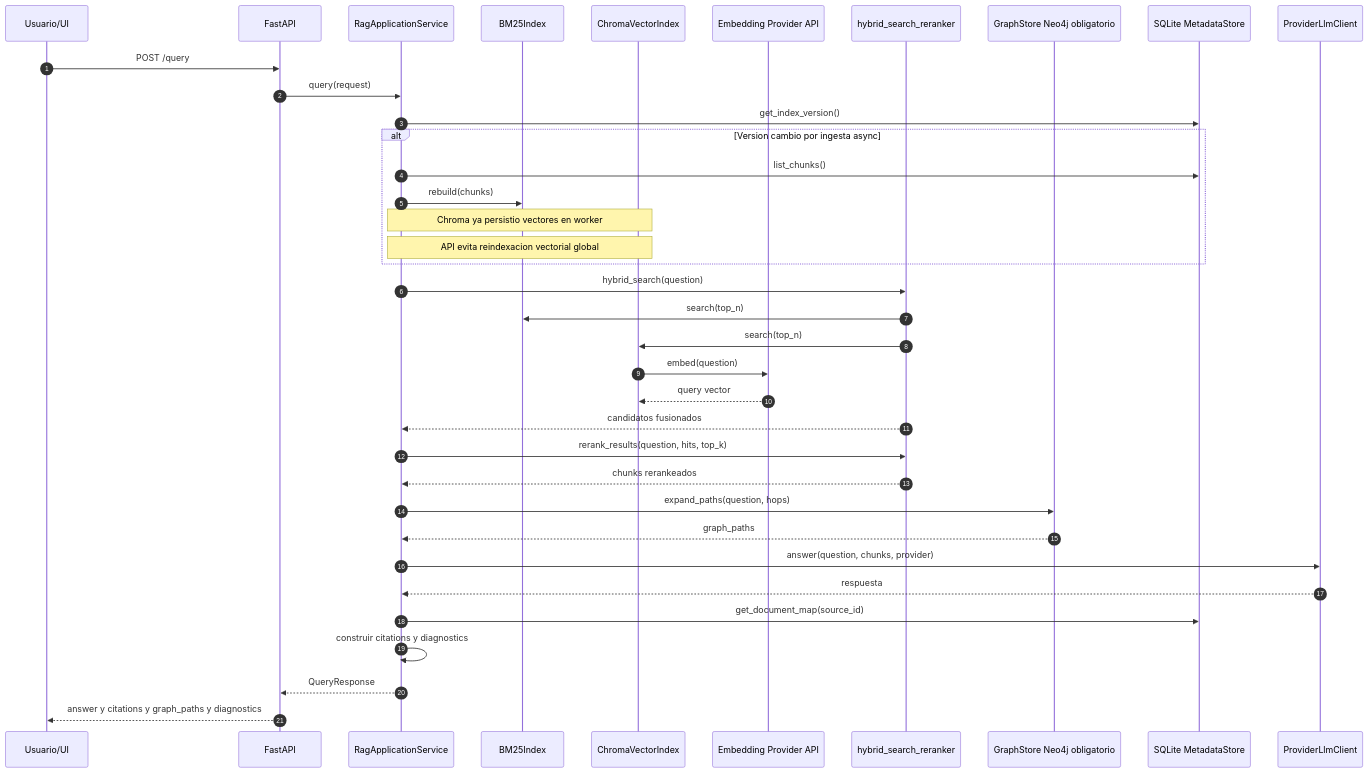
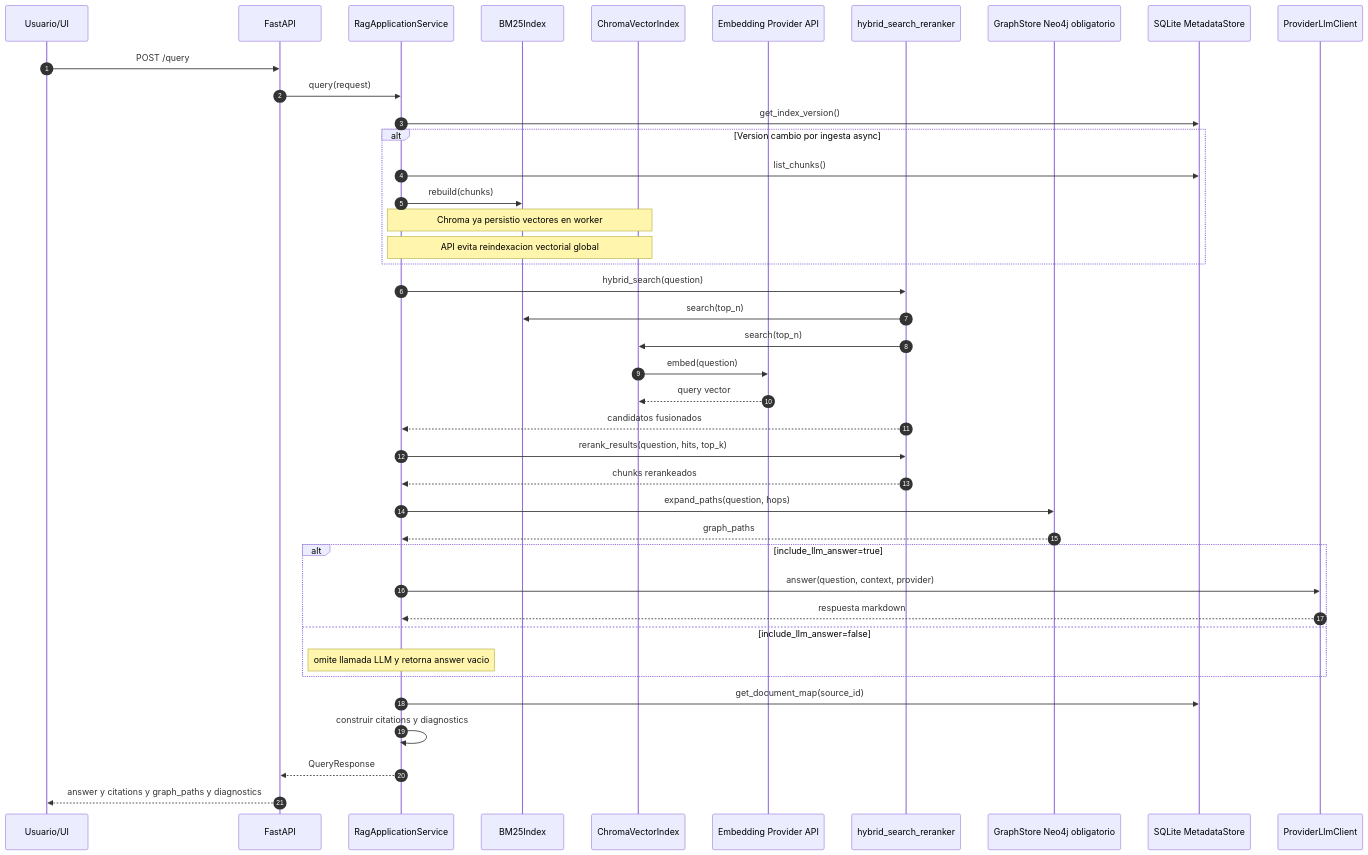
Before and after one commit to gherrerz/KDB-RAG-Docs: the fourth of 4 diagrams in docs/ARCHITECTURE.md, drawn with Mermaid. The commit also changed 12 other files, not shown here.

````diff
--- a/docs/ARCHITECTURE.md
+++ b/docs/ARCHITECTURE.md
@@ -211,45 +211,49 @@
 ```mermaid
 sequenceDiagram
     autonumber
     participant User as Usuario/UI
     participant API as FastAPI
     participant SVC as RagApplicationService
     participant BM25 as BM25Index
     participant VEC as ChromaVectorIndex
     participant EMB as Embedding Provider API
     participant RET as hybrid_search_reranker
     participant GS as GraphStore Neo4j obligatorio
     participant DB as SQLite MetadataStore
     participant LLM as ProviderLlmClient
 
     User->>API: POST /query
     API->>SVC: query(request)
     SVC->>DB: get_index_version()
     alt Version cambio por ingesta async
         SVC->>DB: list_chunks()
         SVC->>BM25: rebuild(chunks)
         Note over SVC,VEC: Chroma ya persistio vectores en worker
         Note over SVC,VEC: API evita reindexacion vectorial global
     end
 
     SVC->>RET: hybrid_search(question)
     RET->>BM25: search(top_n)
     RET->>VEC: search(top_n)
     VEC->>EMB: embed(question)
     EMB-->>VEC: query vector
     RET-->>SVC: candidatos fusionados
 
     SVC->>RET: rerank_results(question, hits, top_k)
     RET-->>SVC: chunks rerankeados
 
     SVC->>GS: expand_paths(question, hops)
     GS-->>SVC: graph_paths
 
-    SVC->>LLM: answer(question, chunks, provider)
-    LLM-->>SVC: respuesta
+    alt include_llm_answer=true
+      SVC->>LLM: answer(question, context, provider)
+      LLM-->>SVC: respuesta markdown
+    else include_llm_answer=false
+      Note over SVC: omite llamada LLM y retorna answer vacio
+    end
 
     SVC->>DB: get_document_map(source_id)
     SVC->>SVC: construir citations y diagnostics
     SVC-->>API: QueryResponse
     API-->>User: answer y citations y graph_paths y diagnostics
 ```
````
